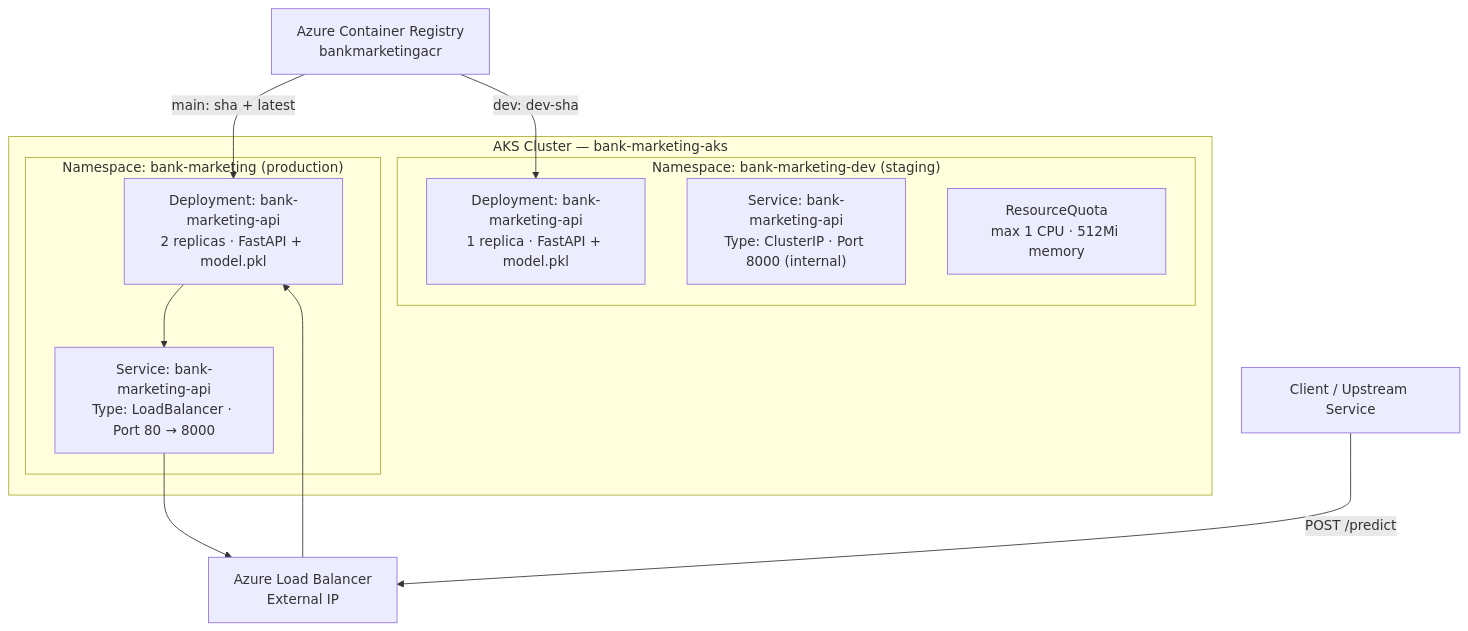
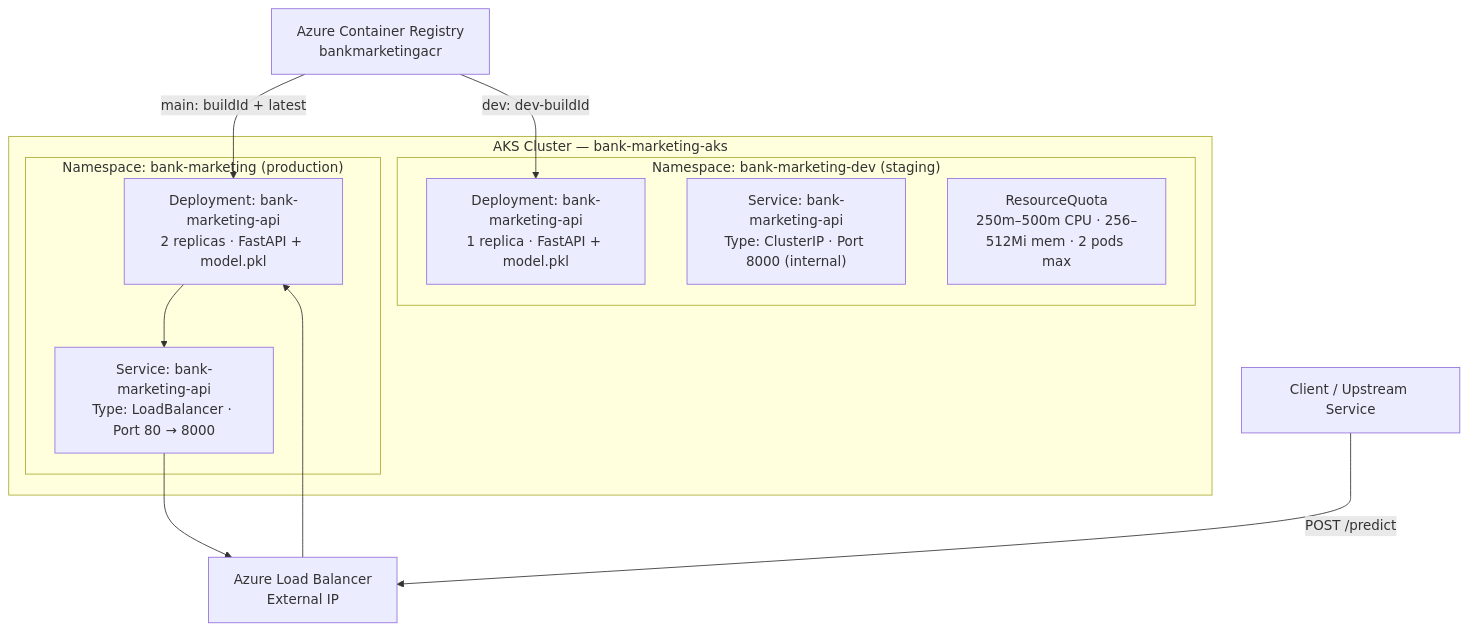
Before and after one commit to Annemarie-Bester/marketing-model-mlops-azure: the first of 3 diagrams in docs/deployment.md, drawn with Mermaid. The commit also changed other lines of this file and 8 other files, not shown here.

````diff
--- a/docs/deployment.md
+++ b/docs/deployment.md
@@ -18,25 +18,25 @@
 ```mermaid
 flowchart TD
     subgraph AKS["AKS Cluster — bank-marketing-aks"]
         subgraph NS_PROD["Namespace: bank-marketing (production)"]
             DEP_PROD["Deployment: bank-marketing-api<br/>2 replicas · FastAPI + model.pkl"]
             SVC_PROD["Service: bank-marketing-api<br/>Type: LoadBalancer · Port 80 → 8000"]
         end
         subgraph NS_DEV["Namespace: bank-marketing-dev (staging)"]
             DEP_DEV["Deployment: bank-marketing-api<br/>1 replica · FastAPI + model.pkl"]
             SVC_DEV["Service: bank-marketing-api<br/>Type: ClusterIP · Port 8000 (internal)"]
-            RQ["ResourceQuota<br/>max 1 CPU · 512Mi memory"]
+            RQ["ResourceQuota<br/>250m–500m CPU · 256–512Mi mem · 2 pods max"]
         end
     end
 
     ACR["Azure Container Registry<br/>bankmarketingacr"]
     LB["Azure Load Balancer<br/>External IP"]
     CLIENT["Client / Upstream Service"]
 
-    ACR -->|"main: sha + latest"| DEP_PROD
-    ACR -->|"dev: dev-sha"| DEP_DEV
+    ACR -->|"main: buildId + latest"| DEP_PROD
+    ACR -->|"dev: dev-buildId"| DEP_DEV
     DEP_PROD --> SVC_PROD
     SVC_PROD --> LB
     CLIENT -->|"POST /predict"| LB
     LB --> DEP_PROD
 ```
````
